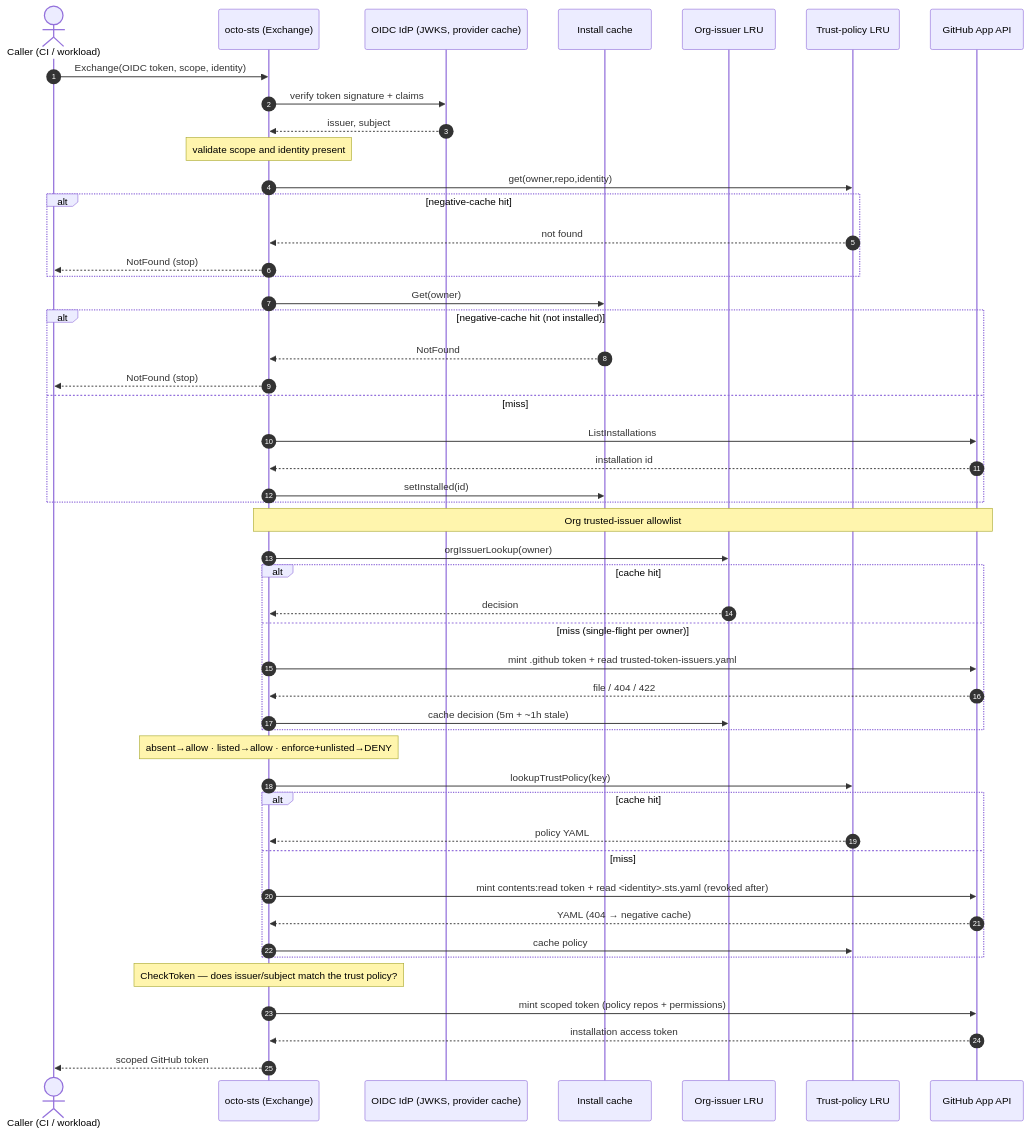
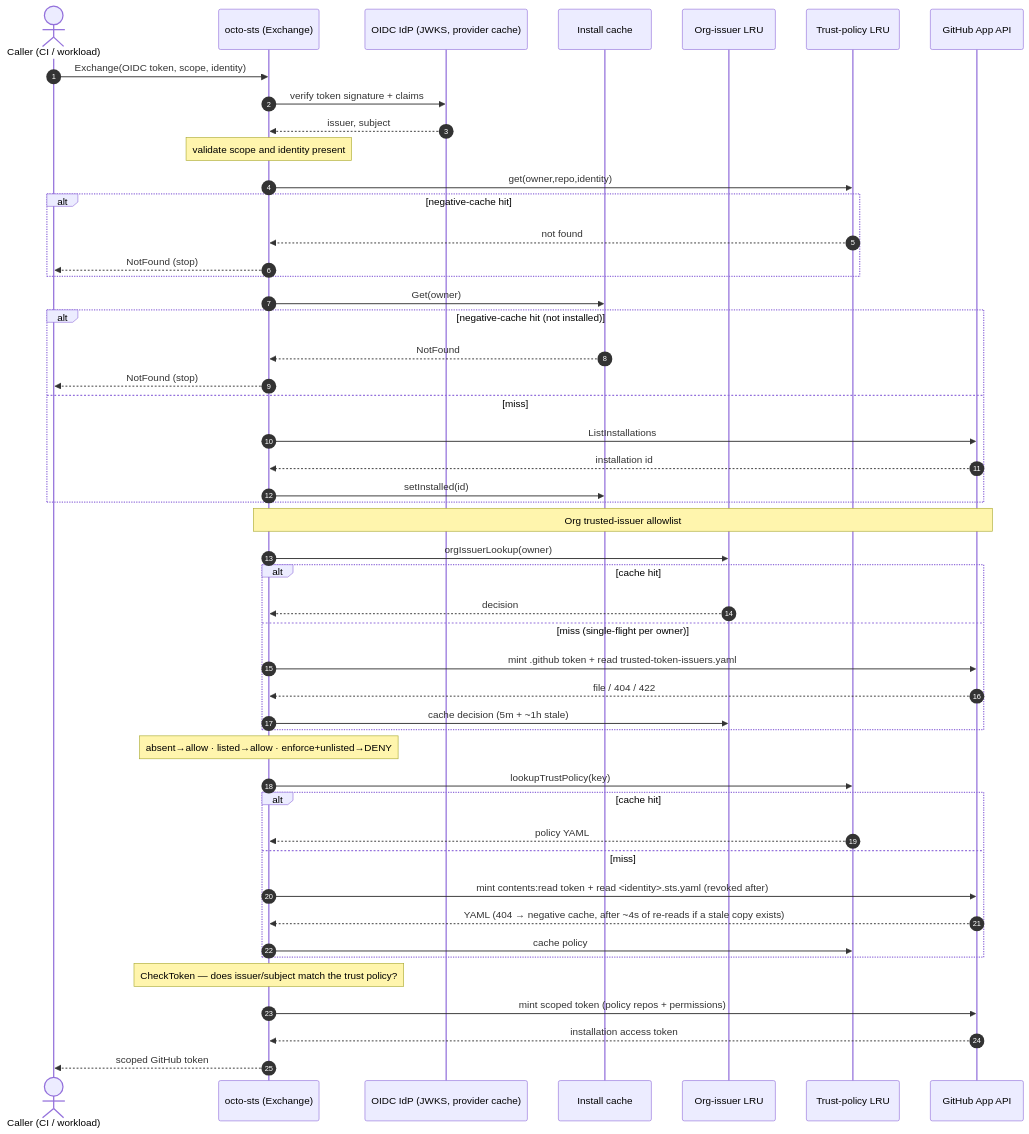
Before and after one commit to octo-sts/app: the first of 2 diagrams in docs/architecture.md, drawn with Mermaid. The commit also changed other lines of this file and 3 other files, not shown here.

````diff
--- a/docs/architecture.md
+++ b/docs/architecture.md
@@ -22,57 +22,57 @@
 ```mermaid
 sequenceDiagram
     autonumber
     actor C as Caller (CI / workload)
     participant S as octo-sts (Exchange)
     participant J as OIDC IdP (JWKS, provider cache)
     participant IC as Install cache
     participant OI as Org-issuer LRU
     participant TP as Trust-policy LRU
     participant GH as GitHub App API
 
     C->>S: Exchange(OIDC token, scope, identity)
     S->>J: verify token signature + claims
     J-->>S: issuer, subject
     Note over S: validate scope and identity present
 
     S->>TP: get(owner,repo,identity)
     alt negative-cache hit
         TP-->>S: not found
         S-->>C: NotFound (stop)
     end
 
     S->>IC: Get(owner)
     alt negative-cache hit (not installed)
         IC-->>S: NotFound
         S-->>C: NotFound (stop)
     else miss
         S->>GH: ListInstallations
         GH-->>S: installation id
         S->>IC: setInstalled(id)
     end
 
     Note over S,GH: Org trusted-issuer allowlist
     S->>OI: orgIssuerLookup(owner)
     alt cache hit
         OI-->>S: decision
     else miss (single-flight per owner)
         S->>GH: mint .github token + read trusted-token-issuers.yaml
         GH-->>S: file / 404 / 422
         S->>OI: cache decision (5m + ~1h stale)
     end
     Note over S: absent→allow · listed→allow · enforce+unlisted→DENY
 
     S->>TP: lookupTrustPolicy(key)
     alt cache hit
         TP-->>S: policy YAML
     else miss
         S->>GH: mint contents:read token + read <identity>.sts.yaml (revoked after)
-        GH-->>S: YAML (404 → negative cache)
+        GH-->>S: YAML (404 → negative cache, after ~4s of re-reads if a stale copy exists)
         S->>TP: cache policy
     end
 
     Note over S: CheckToken — does issuer/subject match the trust policy?
     S->>GH: mint scoped token (policy repos + permissions)
     GH-->>S: installation access token
     S-->>C: scoped GitHub token
 ```
````
